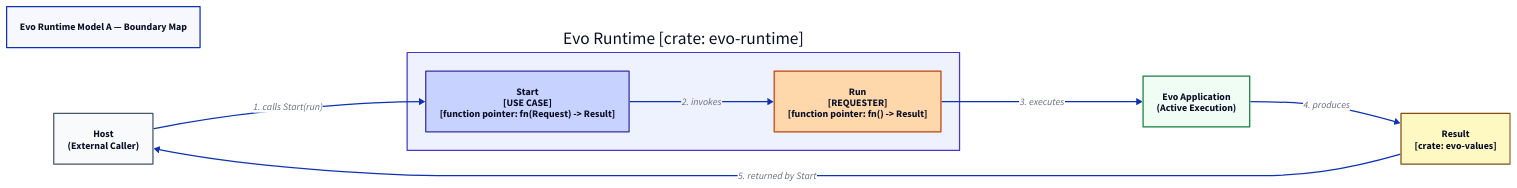
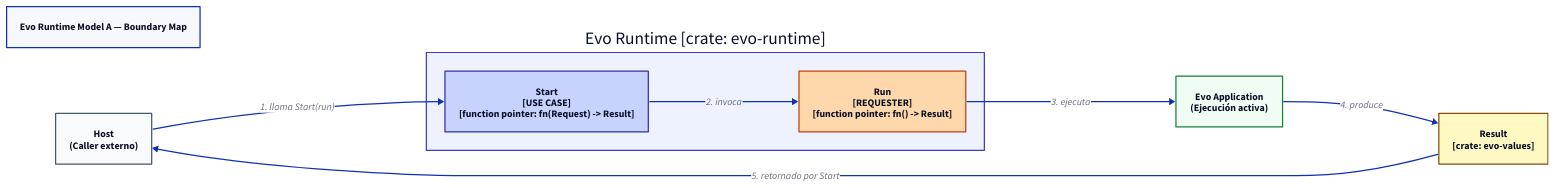
The diagram in evo-runtime/docs/technical/interfaces/RUNTIME_BOUNDARY_MAP.d2 (niqel/evolution), drawn with D2 before and after one commit. The commit also changed 1 other file, not shown here.

Commit message:
docs: translate Evo Runtime boundary map labels to Spanish

```diff
--- a/evo-runtime/docs/technical/interfaces/RUNTIME_BOUNDARY_MAP.d2
+++ b/evo-runtime/docs/technical/interfaces/RUNTIME_BOUNDARY_MAP.d2
@@ -1,46 +1,46 @@
 direction: right
 
 title: "Evo Runtime Model A — Boundary Map"
 
-host: "Host\n(External Caller)" {
+host: "Host\n(Caller externo)" {
   style.fill: "#f8fafc"
   style.stroke: "#475569"
   style.stroke-width: 2
 }
 
 runtime: "Evo Runtime [crate: evo-runtime]" {
   style.fill: "#eef2ff"
   style.stroke: "#4338ca"
   style.stroke-width: 2
 
   start_uc: "Start\n[USE CASE]\n[function pointer: fn(Request) -> Result]" {
     style.fill: "#c7d2fe"
     style.stroke: "#3730a3"
     style.stroke-width: 2
   }
 
   run_req: "Run\n[REQUESTER]\n[function pointer: fn() -> Result]" {
     style.fill: "#fed7aa"
     style.stroke: "#c2410c"
     style.stroke-width: 2
   }
 }
 
-app: "Evo Application\n(Active Execution)" {
+app: "Evo Application\n(Ejecución activa)" {
   style.fill: "#f0fdf4"
   style.stroke: "#15803d"
   style.stroke-width: 2
 }
 
 result_out: "Result\n[crate: evo-values]" {
   style.fill: "#fef9c3"
   style.stroke: "#854d0e"
   style.stroke-width: 2
 }
 
 # Interactions
-host -> runtime.start_uc: "1. calls Start(run)"
-runtime.start_uc -> runtime.run_req: "2. invokes"
-runtime.run_req -> app: "3. executes"
-app -> result_out: "4. produces"
-result_out -> host: "5. returned by Start"
+host -> runtime.start_uc: "1. llama Start(run)"
+runtime.start_uc -> runtime.run_req: "2. invoca"
+runtime.run_req -> app: "3. ejecuta"
+app -> result_out: "4. produce"
+result_out -> host: "5. retornado por Start"
```
